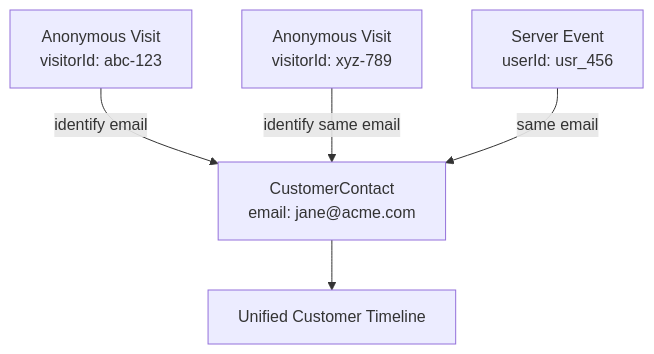
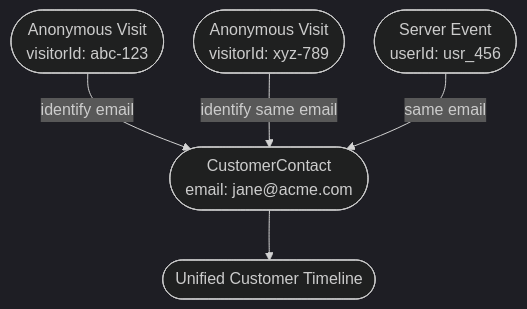
The diagram in tracking/identity/overview.mdx (OutlitAI/docs), drawn with Mermaid before and after one commit. The commit also changed other lines of this file and 4 other files, not shown here.

First line of the commit message:
docs: improve mermaid diagram styling and readability

````diff
--- a/tracking/identity/overview.mdx
+++ b/tracking/identity/overview.mdx
@@ -107,7 +106,8 @@
 ```mermaid
+%%{init: {'theme': 'dark', 'flowchart': {'nodeSpacing': 30, 'rankSpacing': 50, 'curve': 'basis', 'padding': 15}}}%%
 flowchart TD
-    A[Anonymous Visit<br/>visitorId: abc-123] -->|identify email| B[CustomerContact<br/>email: jane@acme.com]
-    C[Anonymous Visit<br/>visitorId: xyz-789] -->|identify same email| B
-    D[Server Event<br/>userId: usr_456] -->|same email| B
-    B --> E[Unified Customer Timeline]
+    A([Anonymous Visit<br/>visitorId: abc-123]) -->|identify email| B([CustomerContact<br/>email: jane@acme.com])
+    C([Anonymous Visit<br/>visitorId: xyz-789]) -->|identify same email| B
+    D([Server Event<br/>userId: usr_456]) -->|same email| B
+    B --> E([Unified Customer Timeline])
 ```
````
